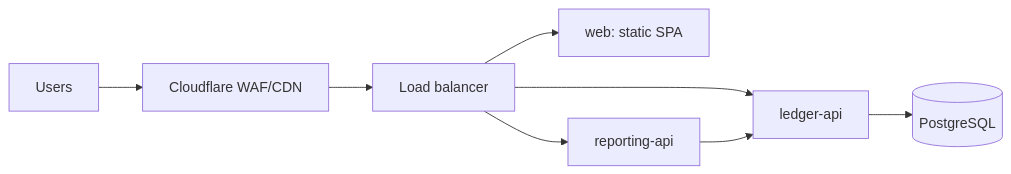
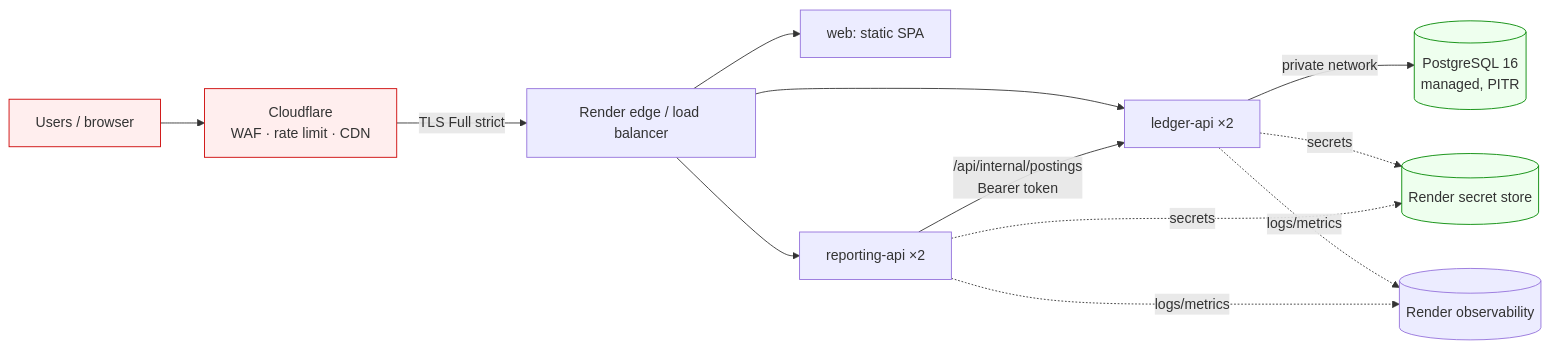
Before and after one commit to fatkulnurk/ledgerlab: the diagram in docs/INFRASTRUCTURE-PLAN.md, drawn with Mermaid. The commit also changed other lines of this file and 7 other files, not shown here.

````diff
--- a/docs/INFRASTRUCTURE-PLAN.md
+++ b/docs/INFRASTRUCTURE-PLAN.md
@@ -46,10 +54,18 @@
 ```mermaid
 flowchart LR
-  U[Users] --> CF[Cloudflare WAF/CDN]
-  CF --> LB[Load balancer]
+  U[Users / browser] --> CF[Cloudflare<br/>WAF · rate limit · CDN]
+  CF -- TLS Full strict --> LB[Render edge / load balancer]
   LB --> W[web: static SPA]
-  LB --> A[ledger-api]
-  LB --> R[reporting-api]
-  A --> DB[(PostgreSQL)]
-  R --> A
+  LB --> A[ledger-api ×2]
+  LB --> R[reporting-api ×2]
+  A -- private network --> DB[(PostgreSQL 16<br/>managed, PITR)]
+  R -- /api/internal/postings<br/>Bearer token --> A
+  A -. secrets .-> SM[(Render secret store)]
+  R -. secrets .-> SM
+  A -. logs/metrics .-> OBS[(Render observability)]
+  R -. logs/metrics .-> OBS
+  classDef pub fill:#fee,stroke:#c00
+  classDef priv fill:#efe,stroke:#080
+  class U,CF pub
+  class DB,SM priv
 ```
````
